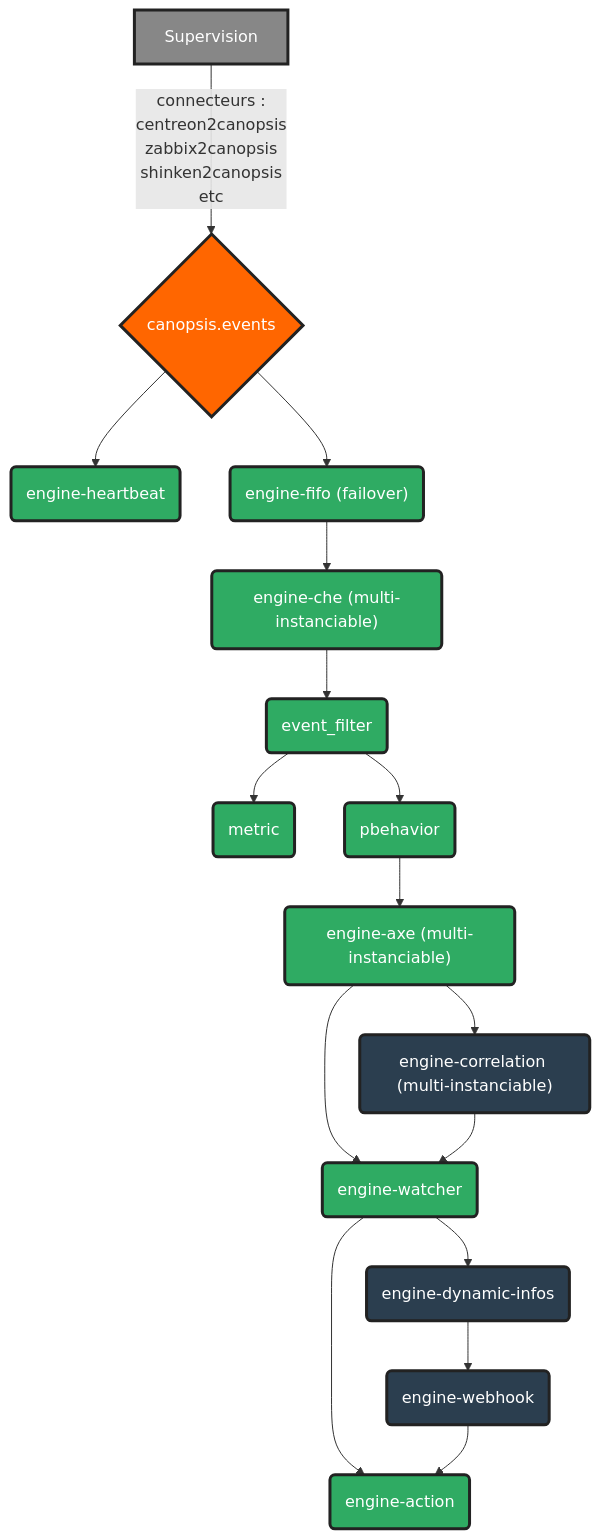
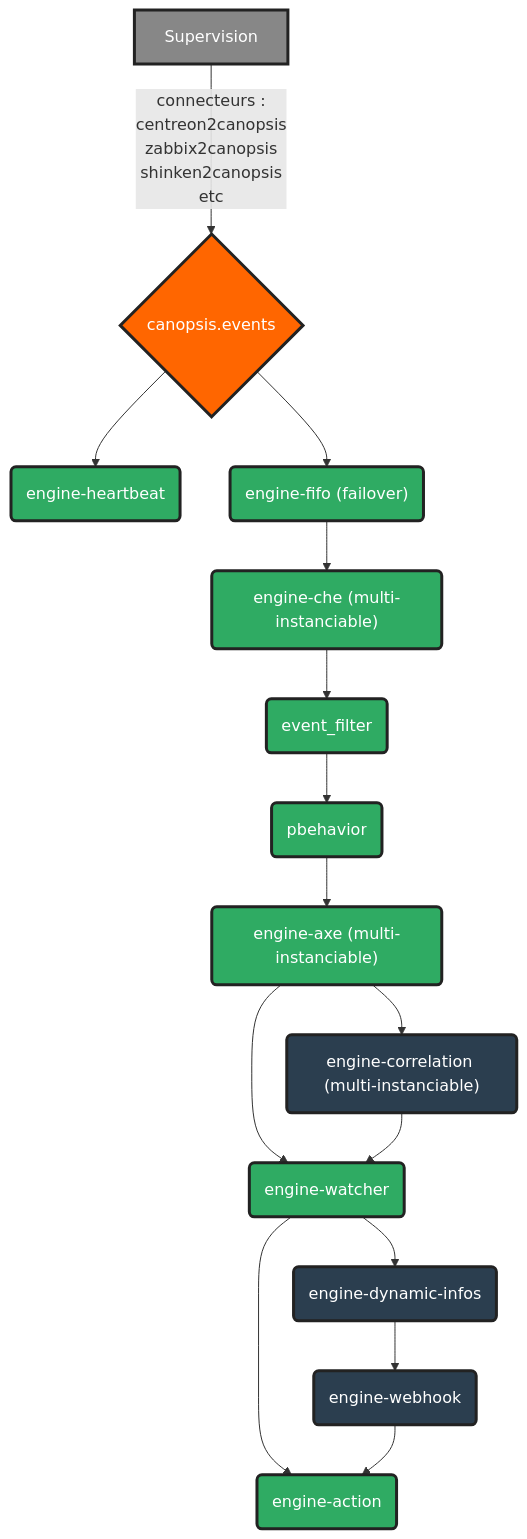
One commit to capensis/canopsis changed the first of 2 diagrams in sources/docs/fr/guide-administration/moteurs/schema-enchainement-moteurs.md. Above: the diagram before and after it, drawn with Mermaid. The commit also changed 3 other files, not shown here.

````diff
--- a/sources/docs/fr/guide-administration/moteurs/schema-enchainement-moteurs.md
+++ b/sources/docs/fr/guide-administration/moteurs/schema-enchainement-moteurs.md
@@ -29,42 +29,40 @@
 ```mermaid
 graph TD
 linkStyle default interpolate basis
 sup[Supervision] -- connecteurs :<br />centreon2canopsis<br />zabbix2canopsis<br />shinken2canopsis<br />etc--> exch.events{canopsis.events}
 exch.events --> heart(engine-heartbeat)
 exch.events --> fifo(engine-fifo &#40failover&#41)
 fifo --> che(engine-che &#40multi-instanciable&#41)
 che --> filter(event_filter)
-filter --> metric(metric)
 filter --> pbh(pbehavior)
 pbh --> axe(engine-axe &#40multi-instanciable&#41)
 axe --> correl(engine-correlation &#40multi-instanciable&#41)
 axe --> watcher(engine-watcher)
 correl --> watcher
 watcher --> info(engine-dynamic-infos)
 watcher --> action
 info --> webh(engine-webhook)
 webh --> action(engine-action)
 
 click snmp "https://doc.canopsis.net/guide-administration/moteurs/moteur-snmp/"
 click heart "https://doc.canopsis.net/guide-administration/moteurs/moteur-heartbeat/"
 click fifo "https://doc.canopsis.net/guide-administration/moteurs/moteur-fifo/"
 click che "https://doc.canopsis.net/guide-administration/moteurs/moteur-che/"
 click filter "https://doc.canopsis.net/guide-administration/moteurs/moteur-che-event_filter/"
-click metric "https://doc.canopsis.net/guide-administration/moteurs/moteur-metric/"
 click pbh "https://doc.canopsis.net/guide-administration/moteurs/moteur-pbehavior/"
 click axe "https://doc.canopsis.net/guide-administration/moteurs/moteur-axe/"
 click correl "https://doc.canopsis.net/guide-administration/moteurs/moteur-correlation/"
 click watcher "https://doc.canopsis.net/guide-administration/moteurs/moteur-watcher/"
 click info "https://doc.canopsis.net/guide-administration/moteurs/moteur-dynamic-infos/"
 click webh "https://doc.canopsis.net/guide-administration/moteurs/moteur-webhook/"
 click action "https://doc.canopsis.net/guide-administration/moteurs/moteur-action/"
 
 classDef grey font-weight:normal,font-size:12pt,color:#fff,fill:#878787,stroke:#222,stroke-width:3px;
 classDef core-green font-weight:normal,font-size:12pt,color:#fff,fill:#2fab63,color:#fff,stroke:#222,stroke-width:3px;
 classDef cat-blue font-weight:normal,font-size:12pt,color:#fff,fill:#2b3e4f,color:#fff,stroke:#222,stroke-width:3px;
 classDef rabbit-orange font-weight:normal,font-size:12pt,color:#fff,fill:#ff6600,color:#fff,stroke:#222,stroke-width:3px;
 class sup grey
-class heart,fifo,che,filter,metric,pbh,axe,watcher,action core-green
+class heart,fifo,che,filter,pbh,axe,watcher,action core-green
 class snmp,kpi,correl,info,webh cat-blue
 class exch.snmp,exch.events rabbit-orange
 ```
````
